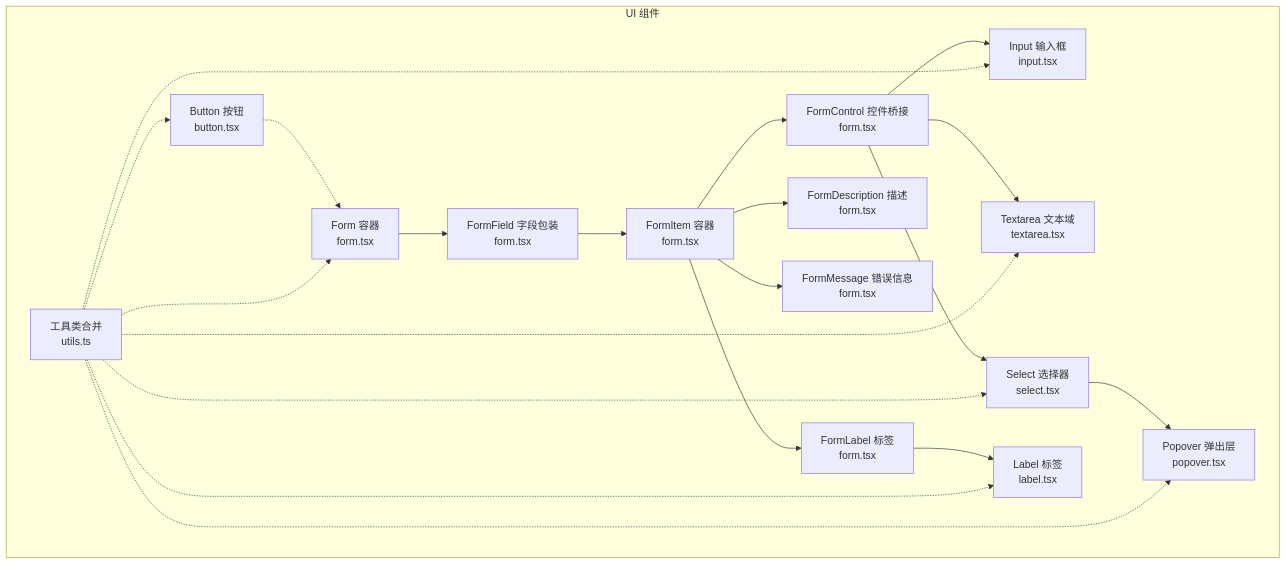
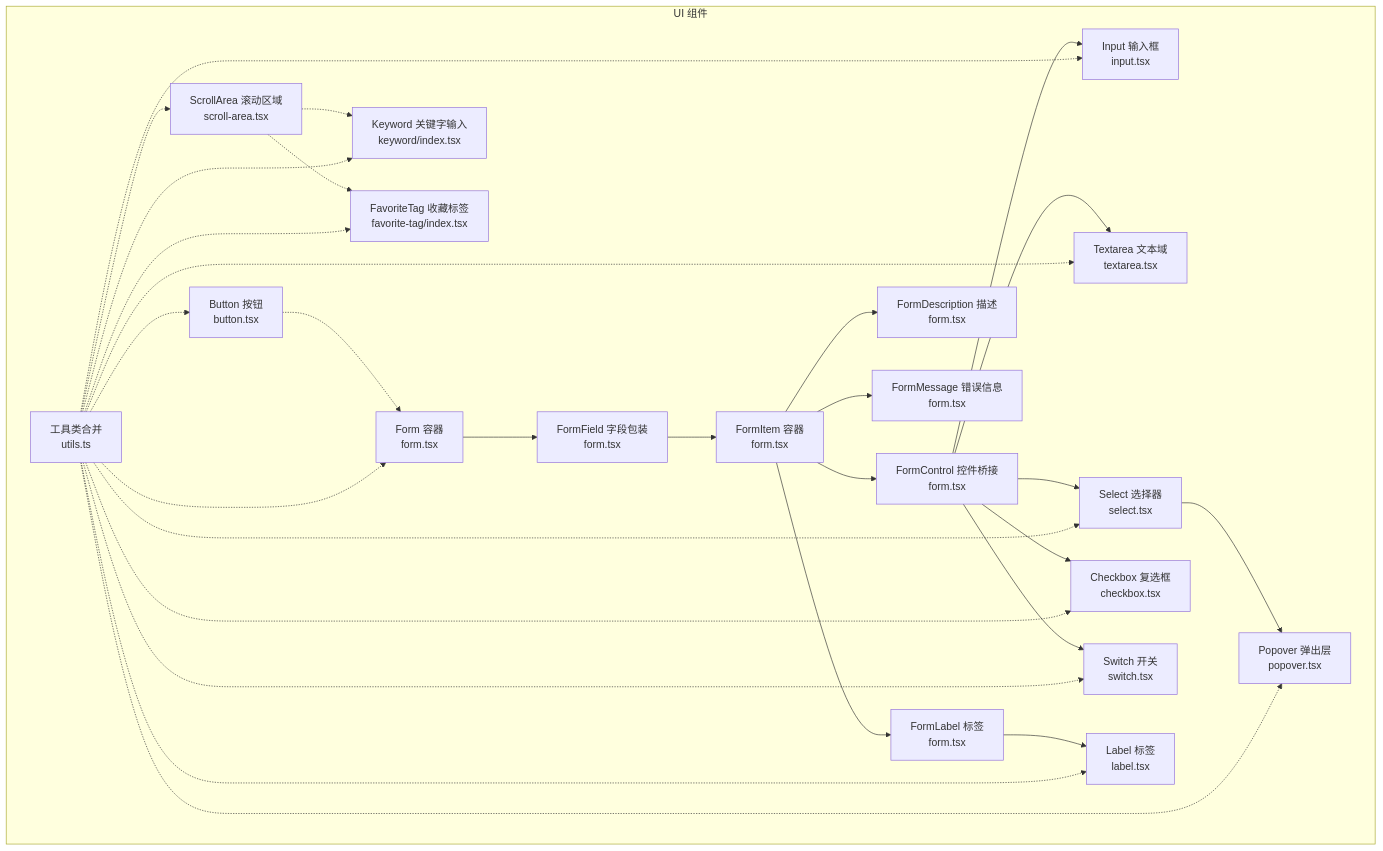
Before and after one commit to RadiumAg/bilibili-favorites: the first of 8 diagrams in .qoder/repowiki/zh/content/UI组件系统/表单组件.md, drawn with Mermaid. The commit also changed other lines of this file and 27 other files, not shown here.

````diff
--- a/.qoder/repowiki/zh/content/UI组件系统/表单组件.md
+++ b/.qoder/repowiki/zh/content/UI组件系统/表单组件.md
@@ -49,38 +77,52 @@
 ```mermaid
 graph TB
 subgraph "UI 组件"
 F["Form 容器<br/>form.tsx"]
 FF["FormField 字段包装<br/>form.tsx"]
 FI["FormItem 容器<br/>form.tsx"]
 FL["FormLabel 标签<br/>form.tsx"]
 FC["FormControl 控件桥接<br/>form.tsx"]
 FD["FormDescription 描述<br/>form.tsx"]
 FM["FormMessage 错误信息<br/>form.tsx"]
 IN["Input 输入框<br/>input.tsx"]
 TA["Textarea 文本域<br/>textarea.tsx"]
 SE["Select 选择器<br/>select.tsx"]
 PO["Popover 弹出层<br/>popover.tsx"]
 LB["Label 标签<br/>label.tsx"]
 BT["Button 按钮<br/>button.tsx"]
+SA["ScrollArea 滚动区域<br/>scroll-area.tsx"]
+CB["Checkbox 复选框<br/>checkbox.tsx"]
+SW["Switch 开关<br/>switch.tsx"]
+KW["Keyword 关键字输入<br/>keyword/index.tsx"]
+FT["FavoriteTag 收藏标签<br/>favorite-tag/index.tsx"]
 UT["工具类合并<br/>utils.ts"]
 end
 F --> FF
 FF --> FI
 FI --> FL
 FI --> FC
 FI --> FD
 FI --> FM
 FC --> IN
 FC --> TA
 FC --> SE
+FC --> CB
+FC --> SW
 SE --> PO
 FL --> LB
 BT -.-> F
+SA -.-> KW
+SA -.-> FT
 UT -.-> F
 UT -.-> IN
 UT -.-> TA
 UT -.-> SE
 UT -.-> PO
 UT -.-> LB
 UT -.-> BT
+UT -.-> SA
+UT -.-> CB
+UT -.-> SW
+UT -.-> KW
+UT -.-> FT
 ```
````
